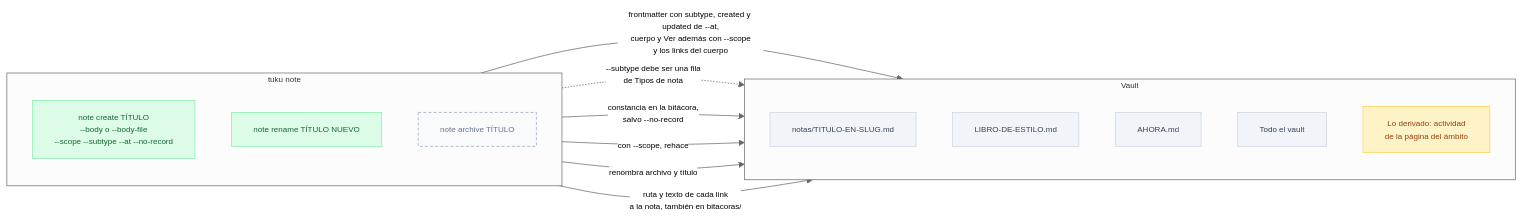
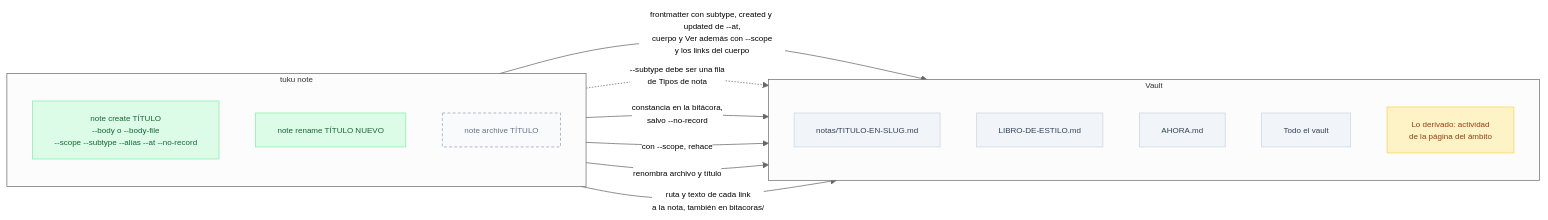
Before and after one commit to pewma-ai/tuku: the sixth of 8 diagrams in spec/tuku.md, drawn with Mermaid. The commit also changed other lines of this file and 15 other files, not shown here.

First line of the commit message:
feat(note): note create acepta --alias, y el tutorial y la skill se alinean con lo que el sistema hace

````diff
--- a/spec/tuku.md
+++ b/spec/tuku.md
@@ -245,34 +245,34 @@
 ```mermaid
 %%{init: {'flowchart': {'useMaxWidth': true}, 'theme': 'neutral', 'themeVariables': {'fontSize': '11px'}}}%%
 flowchart LR
     subgraph CMD["tuku note"]
         direction TB
-        NC["note create TÍTULO<br/>--body o --body-file<br/>--scope --subtype --at --no-record"]
+        NC["note create TÍTULO<br/>--body o --body-file<br/>--scope --subtype --alias --at --no-record"]
         NR["note rename TÍTULO NUEVO"]
         NA["note archive TÍTULO"]
     end
     subgraph VAULT["Vault"]
         direction TB
         NO["notas/TITULO-EN-SLUG.md"]
         LE["LIBRO-DE-ESTILO.md"]
         AH["AHORA.md"]
         VA["Todo el vault"]
         DER["Lo derivado: actividad<br/>de la página del ámbito"]
     end
 
     NC -->|"frontmatter con subtype, created y updated de --at,<br/>cuerpo y Ver además con --scope<br/>y los links del cuerpo"| NO
     NC -.->|"--subtype debe ser una fila<br/>de Tipos de nota"| LE
     NC -->|"constancia en la bitácora,<br/>salvo --no-record"| AH
     NC -->|"con --scope, rehace"| DER
     NR -->|"renombra archivo y título"| NO
     NR -->|"ruta y texto de cada link<br/>a la nota, también en bitacoras/"| VA
 
     classDef escribe fill:#dcfce7,color:#166534,stroke:#86efac
     classDef pendiente fill:#f8fafc,color:#64748b,stroke:#94a3b8,stroke-dasharray: 4 3
     classDef archivo fill:#f1f5f9,color:#334155,stroke:#cbd5e1
     classDef derivado fill:#fef3c7,color:#92400e,stroke:#fcd34d
     class NC,NR escribe
     class NA pendiente
     class NO,LE,AH,VA archivo
     class DER derivado
 ```
````
